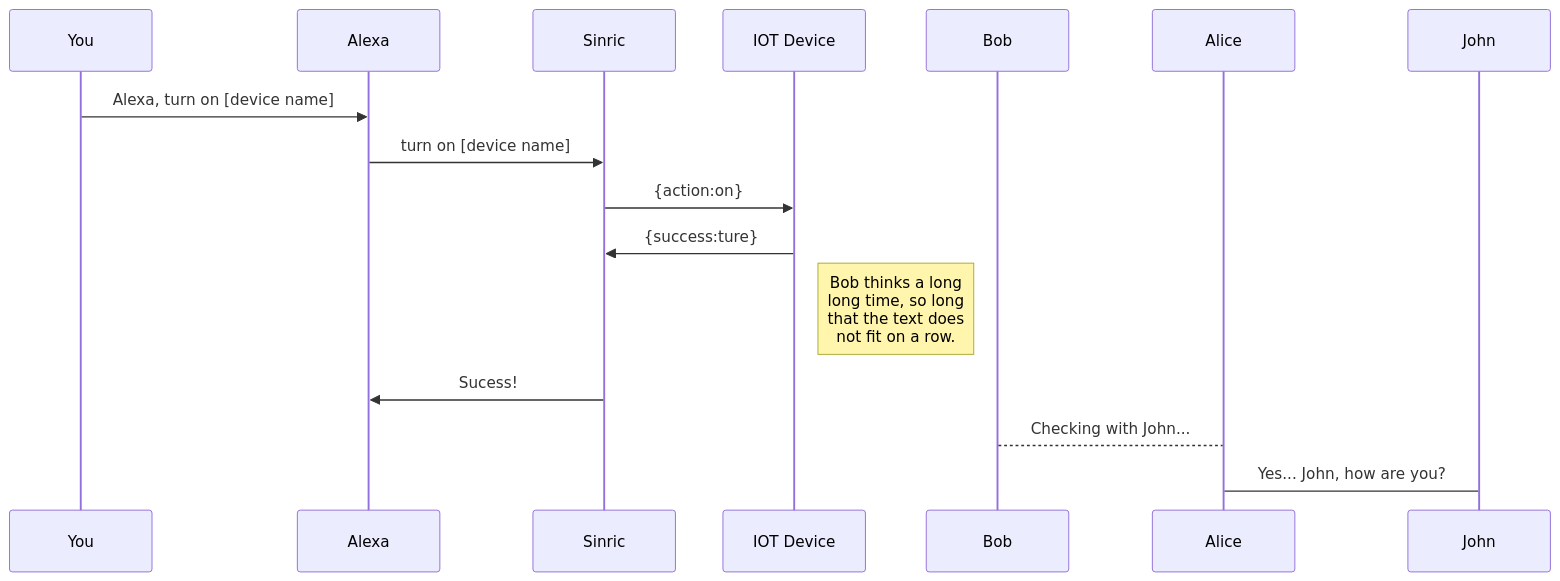
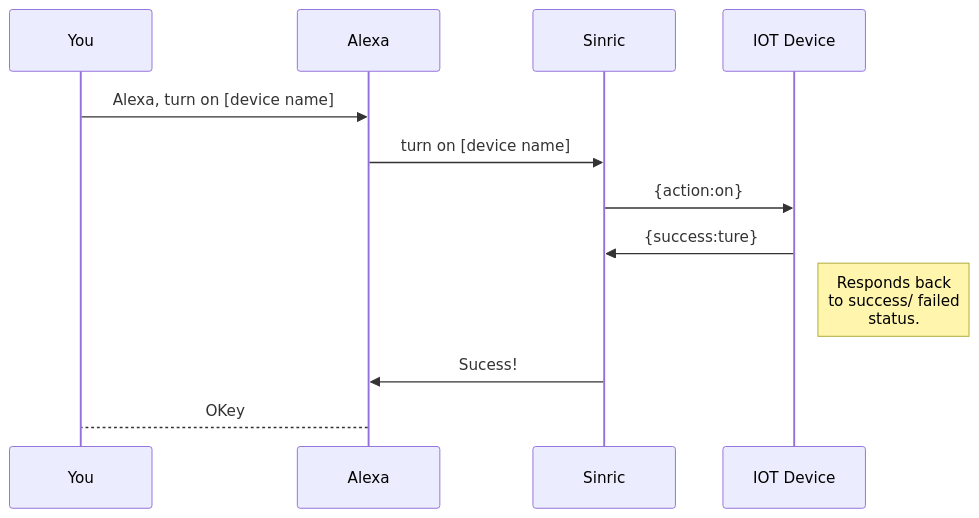
The first of 2 diagrams in Welcome file.md (kakopappa/sinric-pro-help), drawn with Mermaid before and after one commit. The commit also changed other lines of this file, not shown here.

Commit message:
Welcome file.md updated from https://stackedit.io/

````diff
--- a/Welcome file.md
+++ b/Welcome file.md
@@ -124,12 +124,10 @@
 ```mermaid
 sequenceDiagram
 You ->> Alexa: Alexa, turn on [device name]
 Alexa->>Sinric: turn on [device name]
 Sinric->>IOT Device: {action:on}
 IOT Device->>Sinric: {success:ture}
-Note right of IOT Device: Bob thinks a long<br/>long time, so long<br/>that the text does<br/>not fit on a row.
+Note right of IOT Device: Responds back <br/>to success/ failed <br/>status.
 Sinric->> Alexa : Sucess!
-
-Bob-->Alice: Checking with John...
-Alice->John: Yes... John, how are you?
+Alexa--> You : OKey
 ```
````
